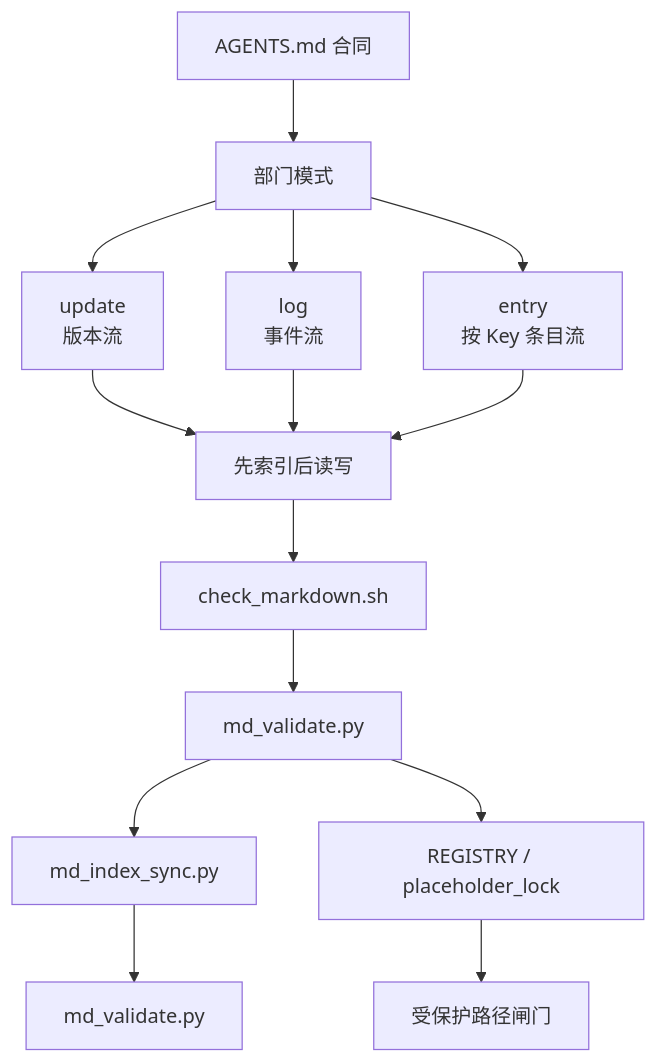
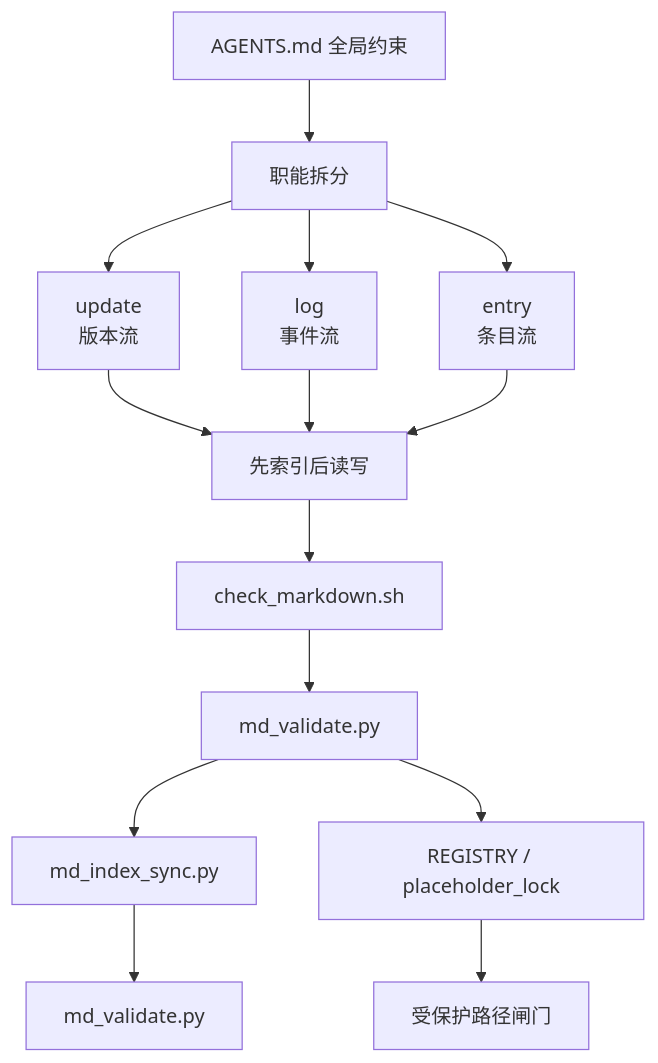
The second of 2 diagrams in README.md (AIALRA-0/AGENTSMD), drawn with Mermaid before and after one commit. The commit also changed other lines of this file, not shown here.

````diff
--- a/README.md
+++ b/README.md
@@ -172,19 +198,19 @@
 ```mermaid
 flowchart TD
-  A[AGENTS.md 合同] --> B[部门模式]
+  A[AGENTS.md 全局约束] --> B[职能拆分]
   B --> B1[update<br/>版本流]
   B --> B2[log<br/>事件流]
-  B --> B3[entry<br/>按 Key 条目流]
+  B --> B3[entry<br/>条目流]
 
   B1 --> C[先索引后读写]
   B2 --> C
   B3 --> C
 
   C --> D[check_markdown.sh]
   D --> E[md_validate.py]
   E --> F[md_index_sync.py]
   F --> G[md_validate.py]
 
   E --> H[REGISTRY / placeholder_lock]
   H --> I[受保护路径闸门]
 ```
````
